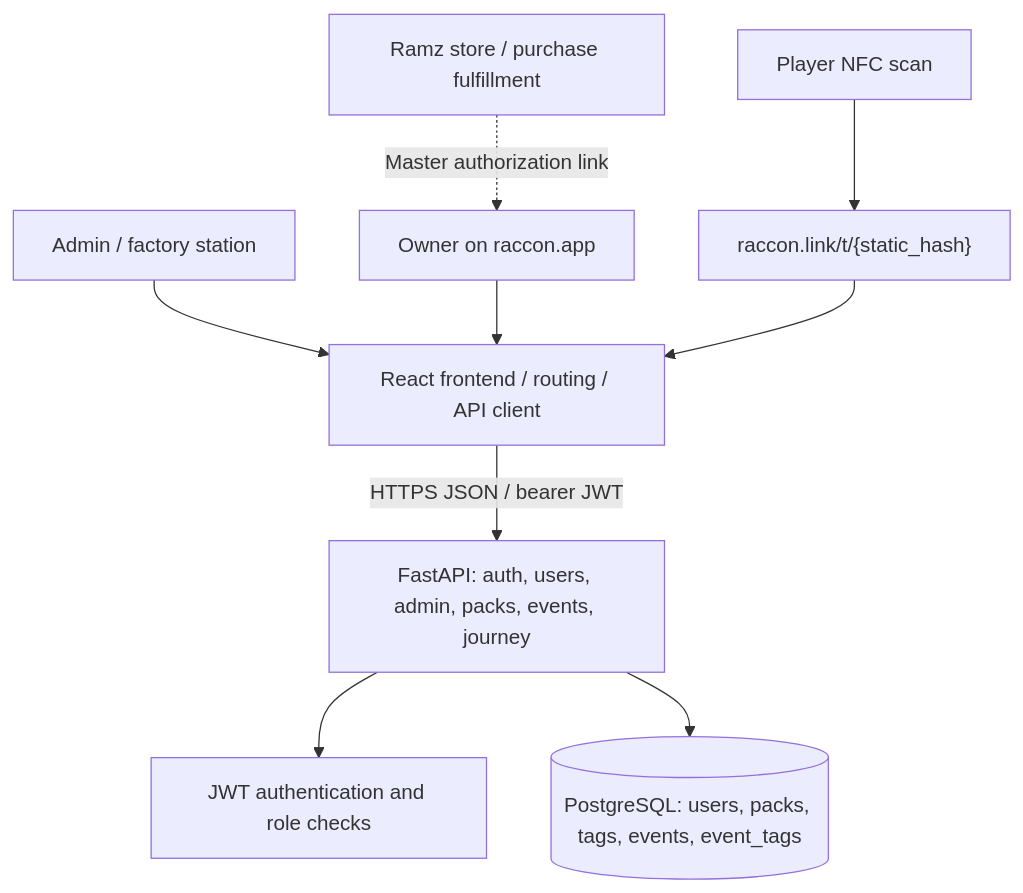
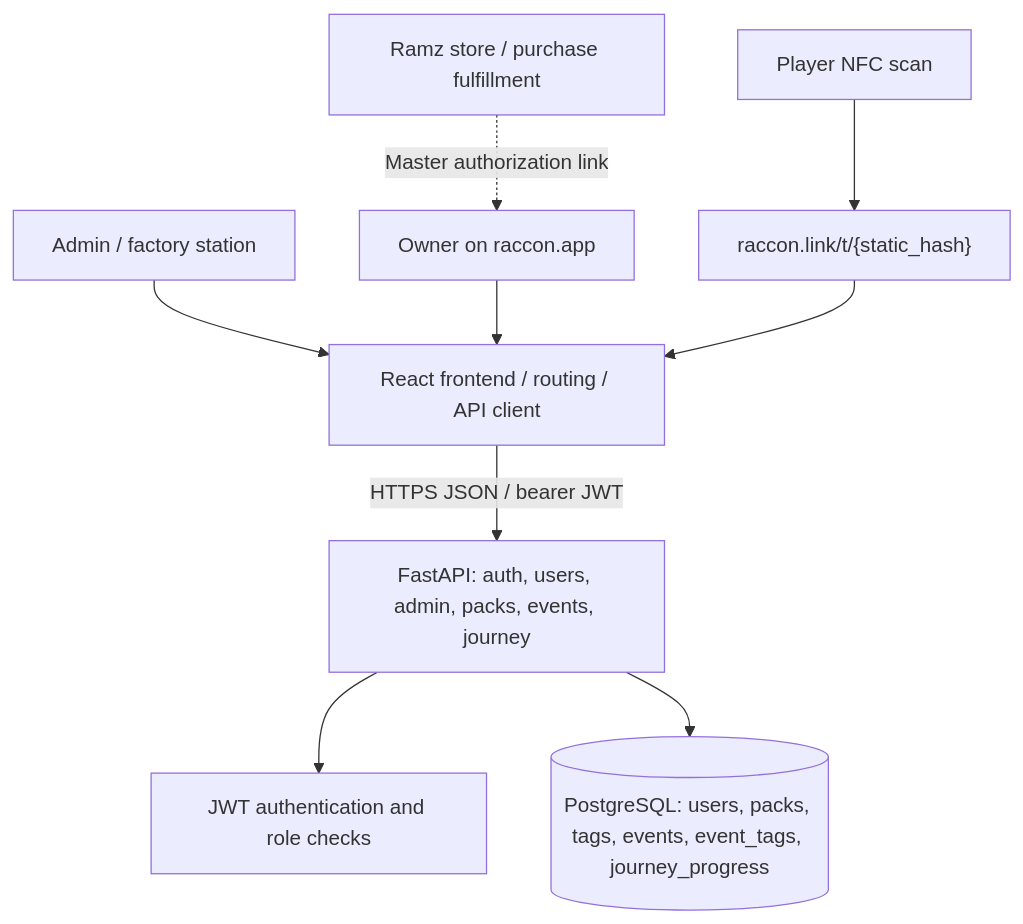
The first of 8 diagrams in Mentors/Stages/Stage3/README.md (iEmanHamdan/Raccon), drawn with Mermaid before and after one commit. The commit also changed other lines of this file, not shown here.

````diff
--- a/Mentors/Stages/Stage3/README.md
+++ b/Mentors/Stages/Stage3/README.md
@@ -663,19 +660,19 @@
 ```mermaid
 flowchart TB
     Store["Ramz store / purchase fulfillment "]
     Admin["Admin / factory station"]
     Owner["Owner on raccon.app"]
     Player["Player NFC scan"]
     Link["raccon.link/t/{static_hash}"]
     React["React frontend / routing / API client"]
     API["FastAPI: auth, users, admin, packs, events, journey"]
     JWT["JWT authentication and role checks"]
-    DB[("PostgreSQL: users, packs, tags, events, event_tags")]
+    DB[("PostgreSQL: users, packs, tags, events, event_tags, journey_progress")]
     Admin --> React
     Owner --> React
     Store -.->|"Master authorization link"| Owner
     Player --> Link --> React
     React -->|"HTTPS JSON / bearer JWT"| API
     API --> JWT
     API --> DB
 ```
````
